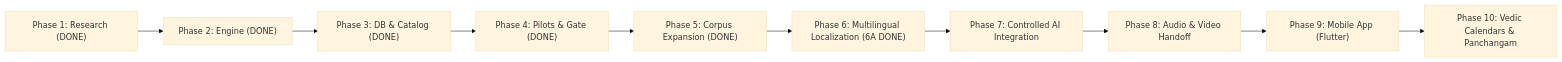
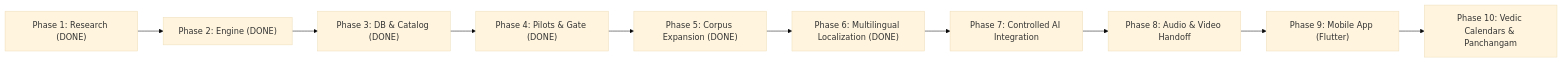
One commit to thegr8gv1/vedam changed the second of 2 diagrams in documentation/project_roadmap/MASTER_PLAN.md. Above: the diagram before and after it, drawn with Mermaid (base theme). The commit also changed other lines of this file and 29 other files, not shown here.

Commit message:
Complete Phase 5 Batch 3 & Phase 6B Multilingual Expansion: 18 compositions, 266 verses, 54 publications, 9 languages (243 translations), and full test suite

````diff
--- a/documentation/project_roadmap/MASTER_PLAN.md
+++ b/documentation/project_roadmap/MASTER_PLAN.md
@@ -59,12 +59,12 @@
 ```mermaid
 flowchart LR
     P1["Phase 1: Research (DONE)"] --> P2["Phase 2: Engine (DONE)"]
     P2 --> P3["Phase 3: DB & Catalog (DONE)"]
     P3 --> P4["Phase 4: Pilots & Gate (DONE)"]
     P4 --> P5["Phase 5: Corpus Expansion (DONE)"]
-    P5 --> P6["Phase 6: Multilingual Localization (6A DONE)"]
+    P5 --> P6["Phase 6: Multilingual Localization (DONE)"]
     P6 --> P7["Phase 7: Controlled AI Integration"]
     P7 --> P8["Phase 8: Audio & Video Handoff"]
     P8 --> P9["Phase 9: Mobile App (Flutter)"]
     P9 --> P10["Phase 10: Vedic Calendars & Panchangam"]
 ```
````
